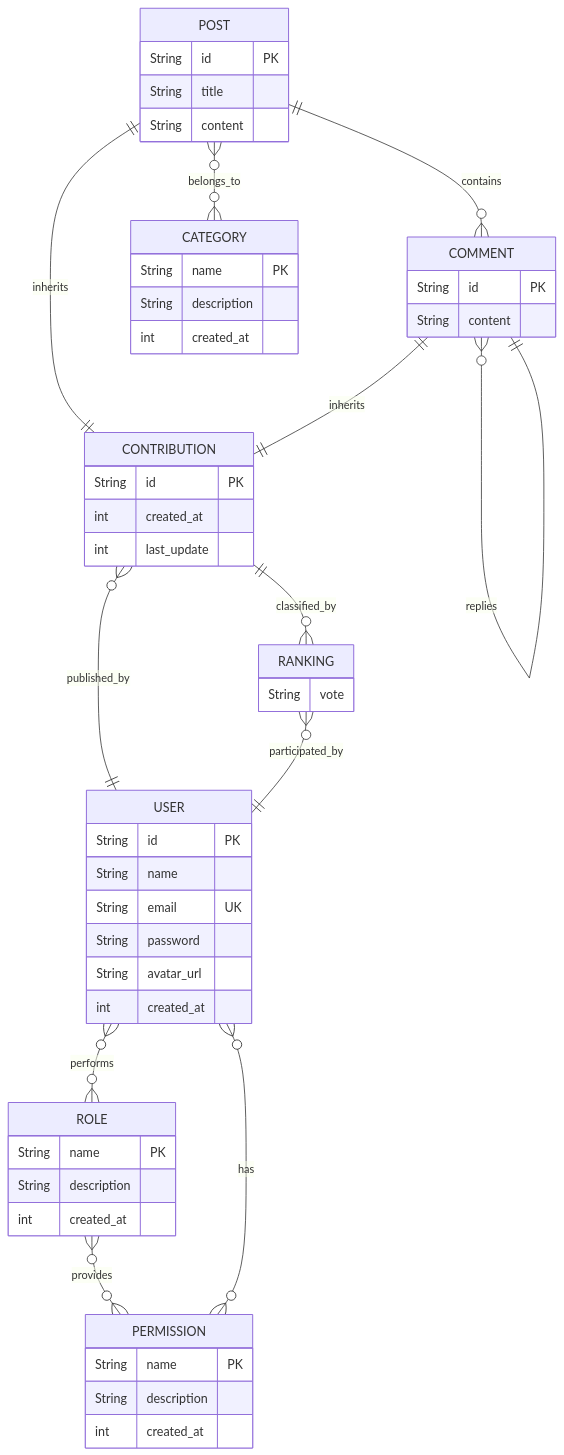
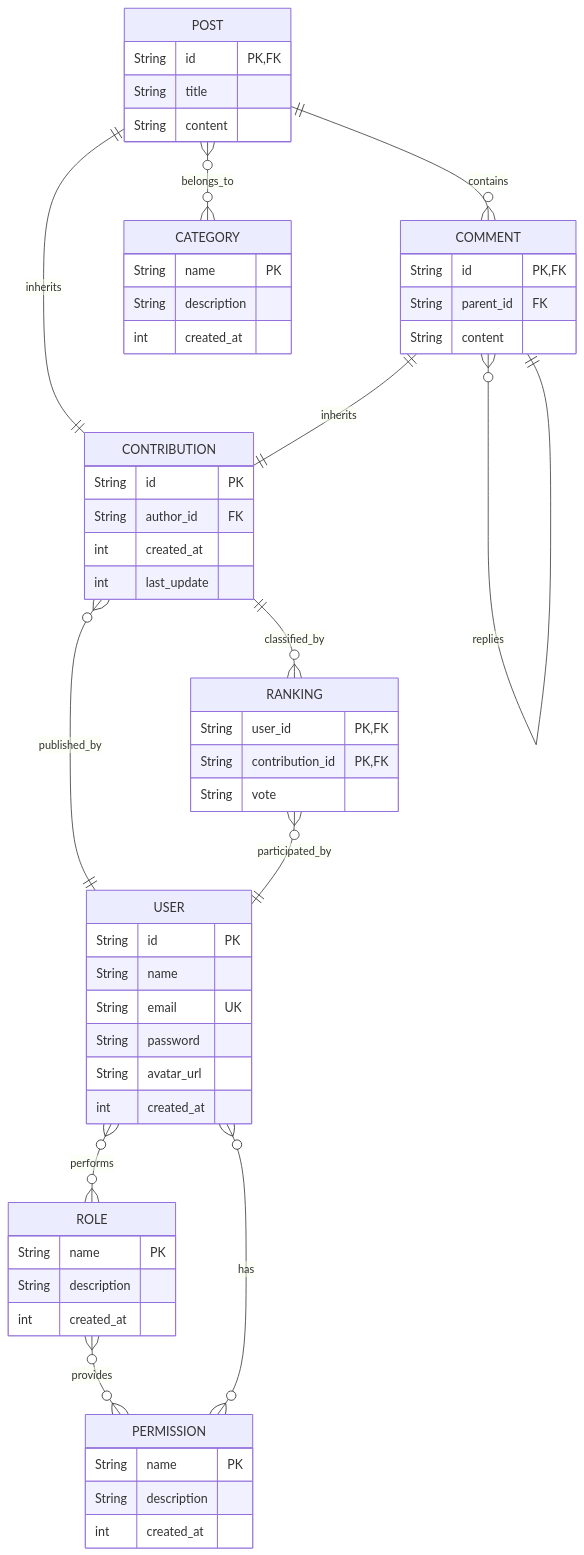
Before and after one commit to andre-sch/forum-server: the diagram in server/src/main/resources/db/schema.md, drawn with Mermaid. The commit also changed other lines of this file, not shown here.

Commit message:
Merge implementation details into entity diagram

````diff
--- a/server/src/main/resources/db/schema.md
+++ b/server/src/main/resources/db/schema.md
@@ -8,67 +8,71 @@
 ```mermaid
   erDiagram
     USER {
       String id PK
       String name
       String email UK
       String password
       String avatar_url
       int created_at
     }
 
     ROLE {
       String name PK
       String description
       int created_at
     }
 
     PERMISSION {
       String name PK
       String description
       int created_at
     }
 
     CONTRIBUTION {
       String id PK
+      String author_id FK
       int created_at
       int last_update
     }
 
     POST {
-      String id PK
+      String id PK, FK
       String title
       String content
     }
 
     CATEGORY {
       String name PK
       String description
       int created_at
     }
 
     COMMENT {
-      String id PK
+      String id PK, FK
+      String parent_id FK
       String content
     }
 
     RANKING {
+      String user_id PK, FK
+      String contribution_id PK, FK
       String vote
     }
 
     USER }o--o{ ROLE: performs
     ROLE }o--o{ PERMISSION: provides
     USER }o--o{ PERMISSION: has
 
     POST ||--|| CONTRIBUTION: inherits
     COMMENT ||--|| CONTRIBUTION: inherits
 
     CONTRIBUTION }o--|| USER: published_by
 
     POST }o--o{ CATEGORY: belongs_to
 
     POST ||--o{ COMMENT: contains
     COMMENT }o--|| COMMENT: replies
 
     CONTRIBUTION ||--o{ RANKING: classified_by
     RANKING }o--|| USER: participated_by
 ```
````
